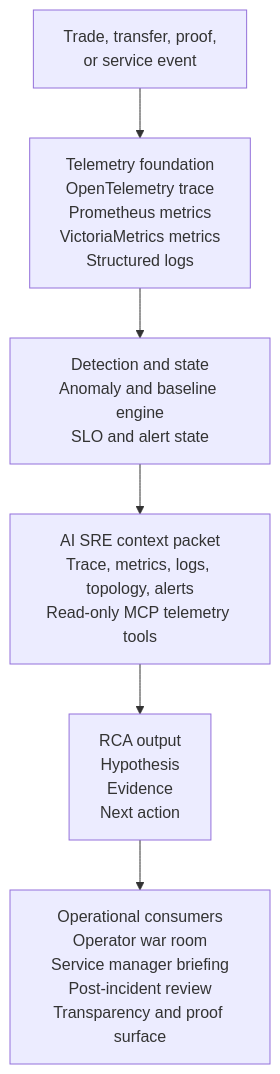
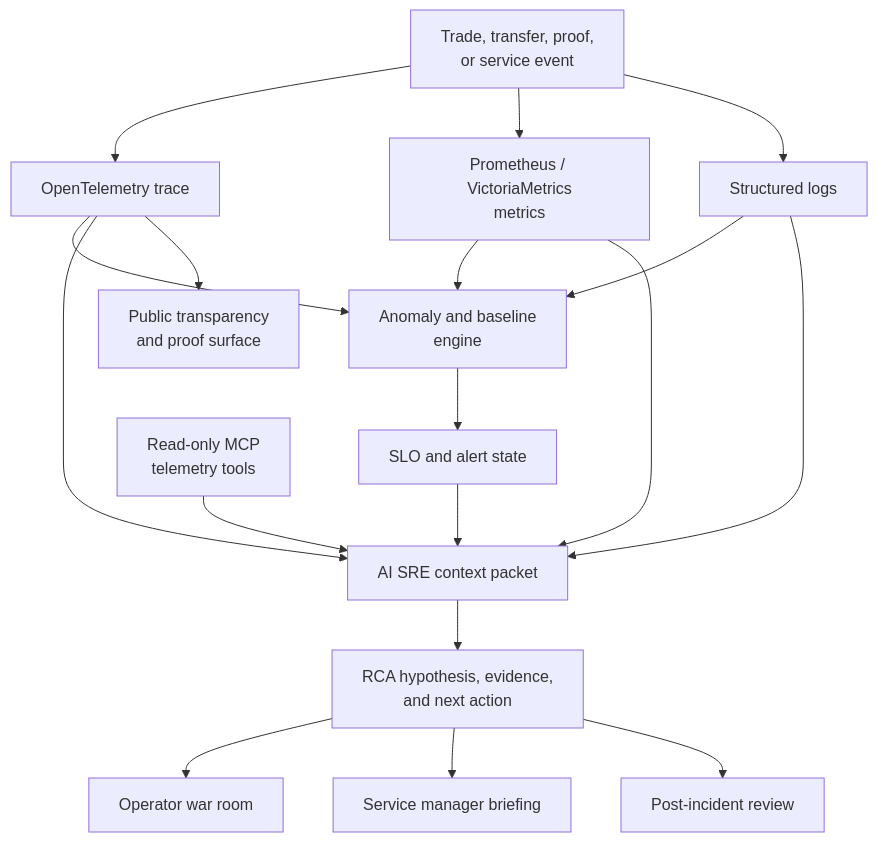
One commit to MoebiusX/Krystaline changed the diagram in README.md. Above: the diagram before and after it, drawn with Mermaid. The commit also changed other lines of this file and 3 other files, not shown here.

Commit message:
Add AI Ops 2026 article and refresh observability diagrams

````diff
--- a/README.md
+++ b/README.md
@@ -82,11 +83,34 @@
 ```mermaid
 flowchart TB
     A["Trade, transfer, proof,<br/>or service event"]
-    B["Telemetry foundation<br/>OpenTelemetry trace<br/>Prometheus metrics<br/>VictoriaMetrics metrics<br/>Structured logs"]
-    C["Detection and state<br/>Anomaly and baseline engine<br/>SLO and alert state"]
-    D["AI SRE context packet<br/>Trace, metrics, logs, topology, alerts<br/>Read-only MCP telemetry tools"]
-    E["RCA output<br/>Hypothesis<br/>Evidence<br/>Next action"]
-    F["Operational consumers<br/>Operator war room<br/>Service manager briefing<br/>Post-incident review<br/>Transparency and proof surface"]
+    B["OpenTelemetry trace"]
+    C["Prometheus / VictoriaMetrics<br/>metrics"]
+    D["Structured logs"]
+    E["Anomaly and baseline<br/>engine"]
+    F["SLO and alert state"]
+    G["AI SRE context packet"]
+    H["Read-only MCP<br/>telemetry tools"]
+    I["RCA hypothesis, evidence,<br/>and next action"]
+    J["Operator war room"]
+    K["Service manager briefing"]
+    L["Post-incident review"]
+    M["Public transparency<br/>and proof surface"]
 
-    A --> B --> C --> D --> E --> F
+    A --> B
+    A --> C
+    A --> D
+    B --> E
+    C --> E
+    D --> E
+    E --> F
+    F --> G
+    B --> G
+    C --> G
+    D --> G
+    H --> G
+    G --> I
+    I --> J
+    I --> K
+    I --> L
+    B --> M
 ```
````
